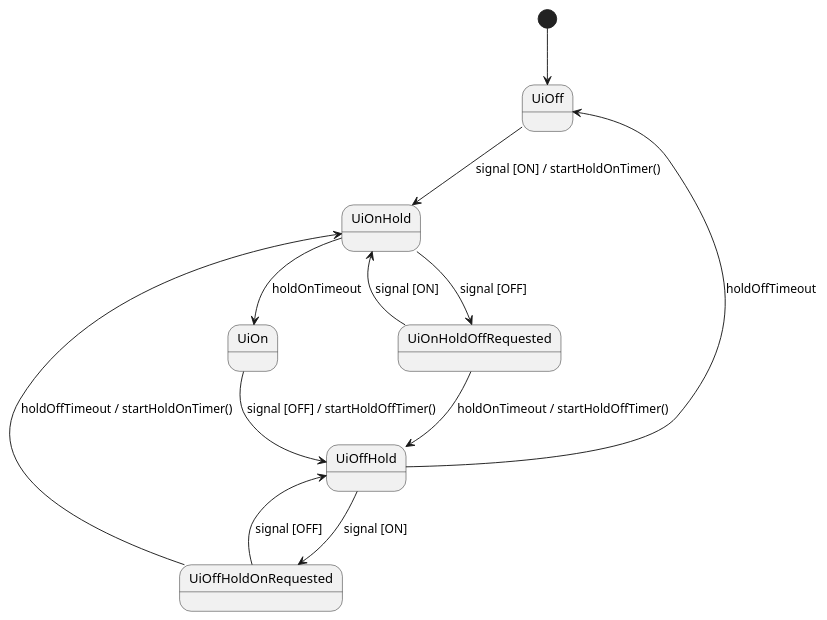
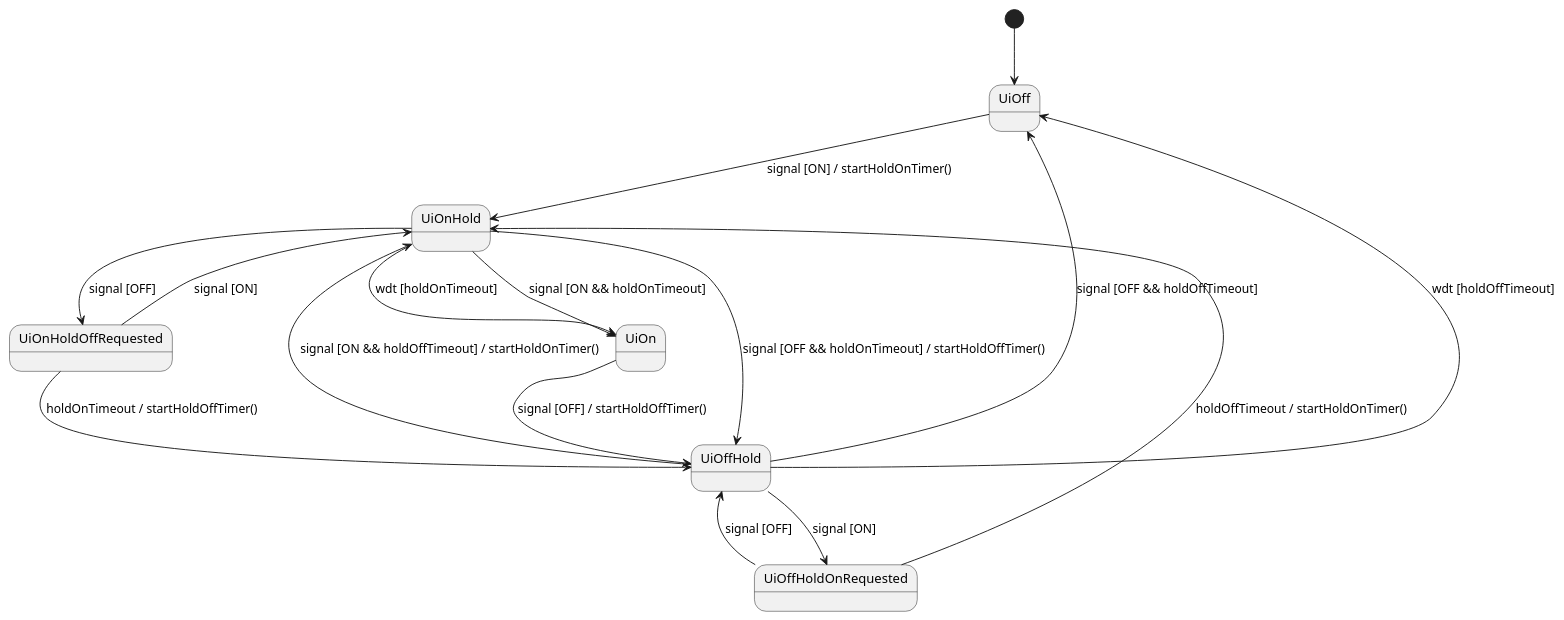
Before and after one commit to scandyna/MdtTerminal: the diagram in doc/plantuml/StateDiagrams/PinoutSignalsUiController.puml, drawn with PlantUML. The commit also changed 6 other files, not shown here.

```diff
--- a/doc/plantuml/StateDiagrams/PinoutSignalsUiController.puml
+++ b/doc/plantuml/StateDiagrams/PinoutSignalsUiController.puml
@@ -1,20 +1,26 @@
 @startuml
 
 [*] --> UiOff
 UiOff --> UiOnHold : signal [ON] / startHoldOnTimer()
 
-UiOnHold --> UiOn : holdOnTimeout
+UiOnHold --> UiOn : signal [ON && holdOnTimeout]
+UiOnHold --> UiOn : wdt [holdOnTimeout]
+UiOnHold --> UiOffHold : signal [OFF && holdOnTimeout] / startHoldOffTimer()
+
 UiOnHold --> UiOnHoldOffRequested : signal [OFF]
 UiOnHoldOffRequested --> UiOnHold : signal [ON]
 
 UiOnHoldOffRequested --> UiOffHold : holdOnTimeout / startHoldOffTimer()
 
 UiOn --> UiOffHold : signal [OFF] / startHoldOffTimer()
 
 UiOffHold --> UiOffHoldOnRequested : signal [ON]
 UiOffHoldOnRequested --> UiOffHold : signal [OFF]
 
-UiOffHold --> UiOff : holdOffTimeout
+UiOffHold --> UiOff : signal [OFF && holdOffTimeout]
+UiOffHold --> UiOff : wdt [holdOffTimeout]
+UiOffHold --> UiOnHold : signal [ON && holdOffTimeout] / startHoldOnTimer()
+
 UiOffHoldOnRequested --> UiOnHold : holdOffTimeout / startHoldOnTimer()
 
 @enduml
```
